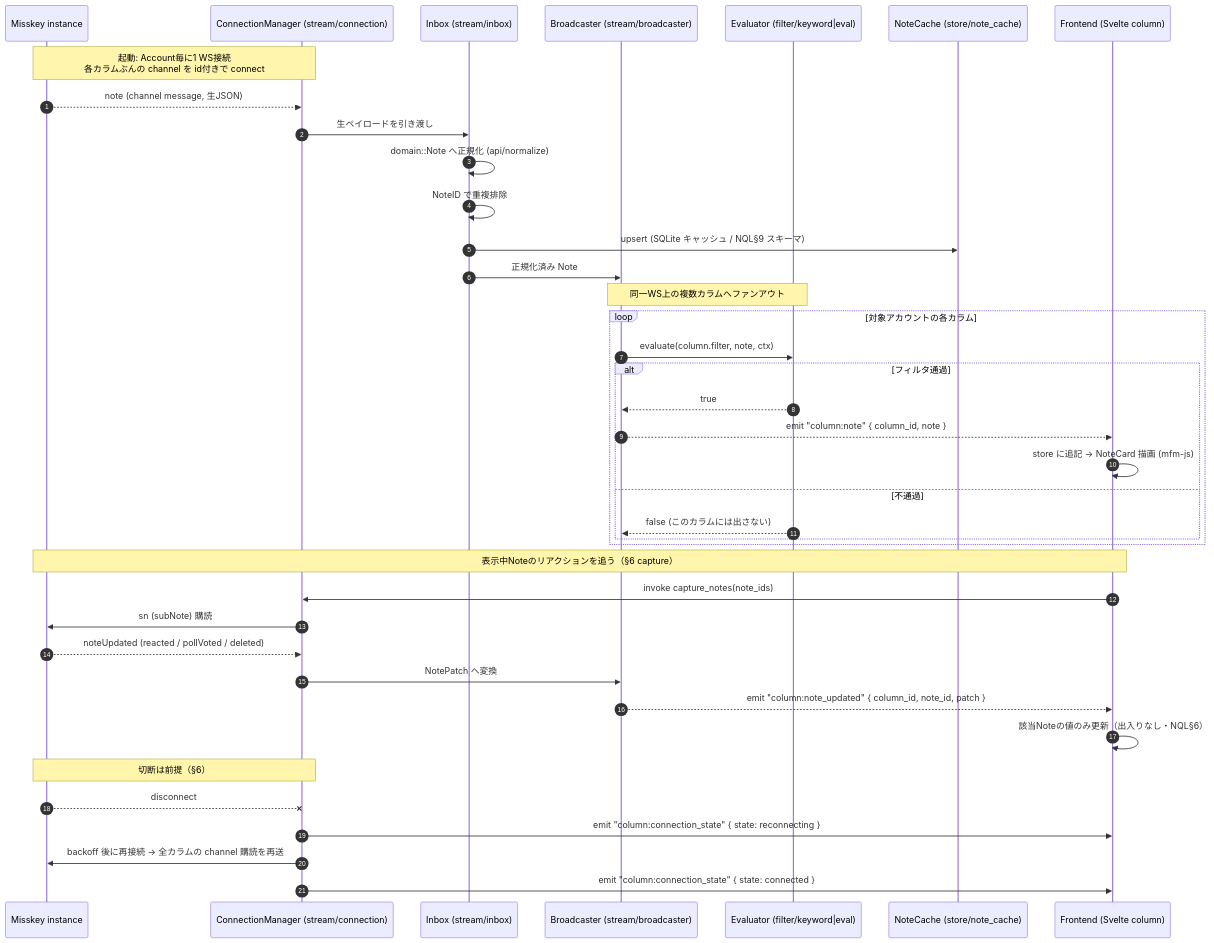
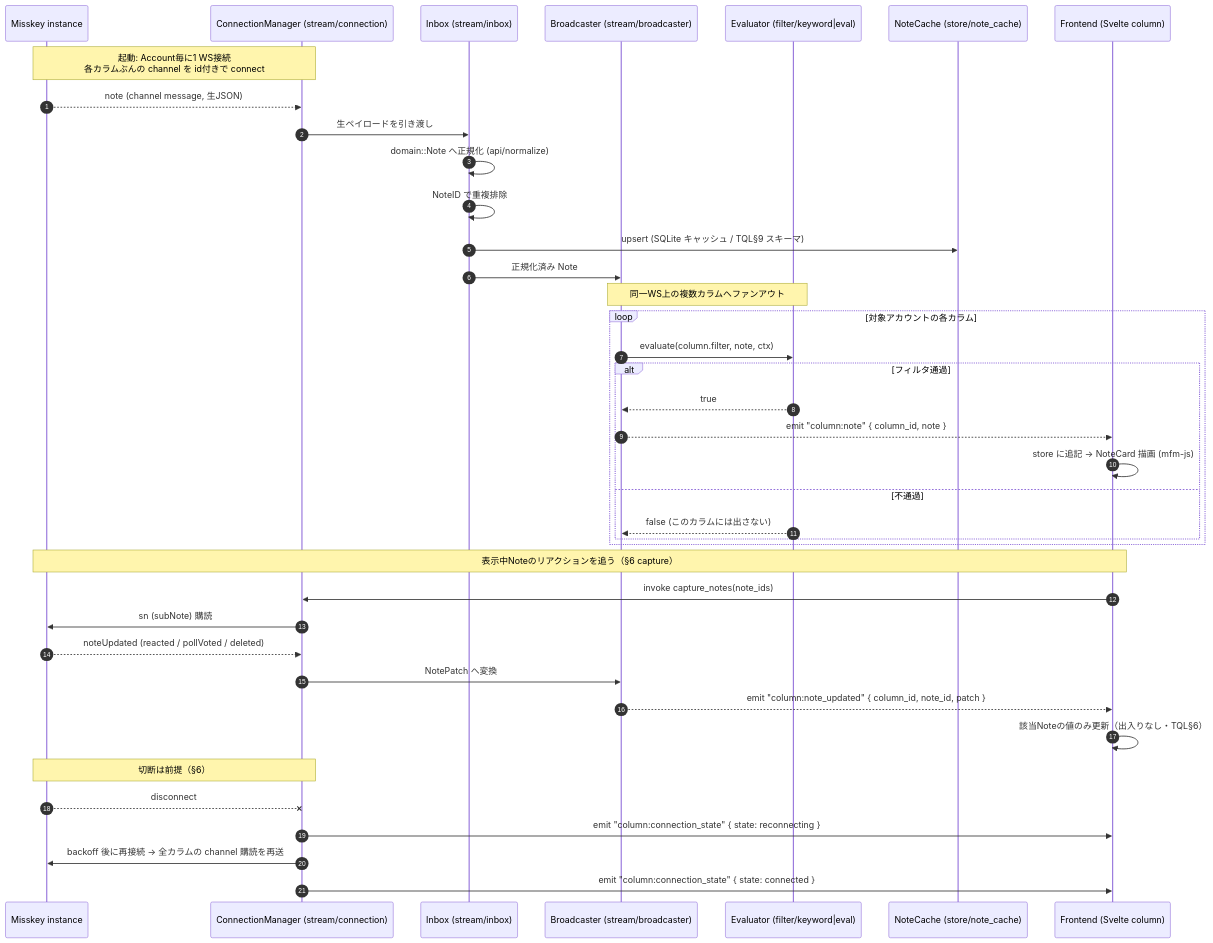
The first of 2 diagrams in docs/phase0-scaffold.md (onodai145/tsumugi), drawn with Mermaid before and after one commit. The commit also changed other lines of this file and 11 other files, not shown here.

````diff
--- a/docs/phase0-scaffold.md
+++ b/docs/phase0-scaffold.md
@@ -418,46 +418,46 @@
 ```mermaid
 sequenceDiagram
     autonumber
     participant MI as Misskey instance
     participant CM as ConnectionManager (stream/connection)
     participant IB as Inbox (stream/inbox)
     participant BC as Broadcaster (stream/broadcaster)
     participant EV as Evaluator (filter/keyword|eval)
     participant DB as NoteCache (store/note_cache)
     participant FE as Frontend (Svelte column)
 
     Note over CM,MI: 起動: Account毎に1 WS接続<br/>各カラムぶんの channel を id付きで connect
 
     MI-->>CM: note (channel message, 生JSON)
     CM->>IB: 生ペイロードを引き渡し
     IB->>IB: domain::Note へ正規化 (api/normalize)
     IB->>IB: NoteID で重複排除
-    IB->>DB: upsert (SQLite キャッシュ / NQL§9 スキーマ)
+    IB->>DB: upsert (SQLite キャッシュ / TQL§9 スキーマ)
     IB->>BC: 正規化済み Note
 
     Note over BC,EV: 同一WS上の複数カラムへファンアウト
     loop 対象アカウントの各カラム
         BC->>EV: evaluate(column.filter, note, ctx)
         alt フィルタ通過
             EV-->>BC: true
             BC-->>FE: emit "column:note" { column_id, note }
             FE->>FE: store に追記 → NoteCard 描画 (mfm-js)
         else 不通過
             EV-->>BC: false (このカラムには出さない)
         end
     end
 
     Note over FE,MI: 表示中Noteのリアクションを追う（§6 capture）
     FE->>CM: invoke capture_notes(note_ids)
     CM->>MI: sn (subNote) 購読
     MI-->>CM: noteUpdated (reacted / pollVoted / deleted)
     CM->>BC: NotePatch へ変換
     BC-->>FE: emit "column:note_updated" { column_id, note_id, patch }
-    FE->>FE: 該当Noteの値のみ更新（出入りなし・NQL§6）
+    FE->>FE: 該当Noteの値のみ更新（出入りなし・TQL§6）
 
     Note over CM,MI: 切断は前提（§6）
     MI--xCM: disconnect
     CM->>FE: emit "column:connection_state" { state: reconnecting }
     CM->>MI: backoff 後に再接続 → 全カラムの channel 購読を再送
     CM->>FE: emit "column:connection_state" { state: connected }
 ```
````
